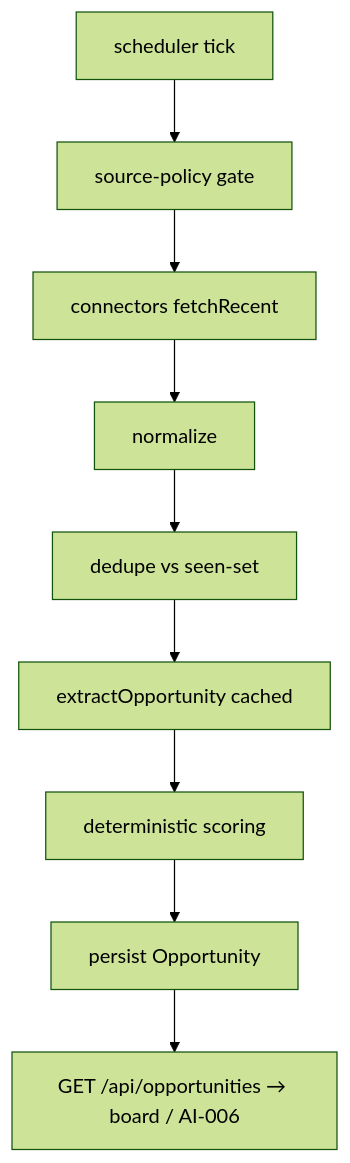
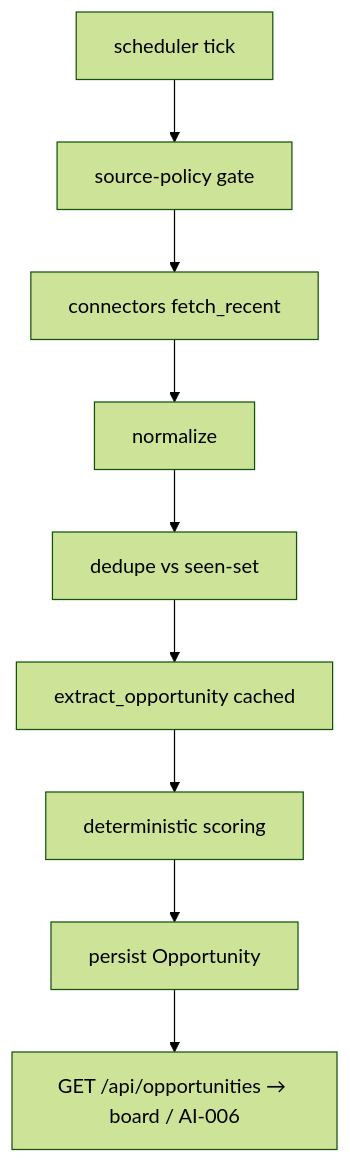
The second of 2 diagrams in docs/specifications/ai_features/stories/AIA-04-opportunity-discovery-automation.md (FixFlow-AI/FixFlow-AI-web), drawn with Mermaid (forest theme) before and after one commit. The commit also changed other lines of this file and 13 other files, not shown here.

````diff
--- a/docs/specifications/ai_features/stories/AIA-04-opportunity-discovery-automation.md
+++ b/docs/specifications/ai_features/stories/AIA-04-opportunity-discovery-automation.md
@@ -61,11 +61,11 @@
 ```mermaid
 flowchart TD
     CRON[scheduler tick] --> GATE[source-policy gate]
-    GATE --> CONN[connectors fetchRecent]
+    GATE --> CONN[connectors fetch_recent]
     CONN --> NORM[normalize]
     NORM --> DEDUP[dedupe vs seen-set]
-    DEDUP --> EX[extractOpportunity cached]
+    DEDUP --> EX[extract_opportunity cached]
     EX --> SC[deterministic scoring]
     SC --> DB[persist Opportunity]
     DB --> API["GET /api/opportunities → board / AI-006"]
 ```
````
